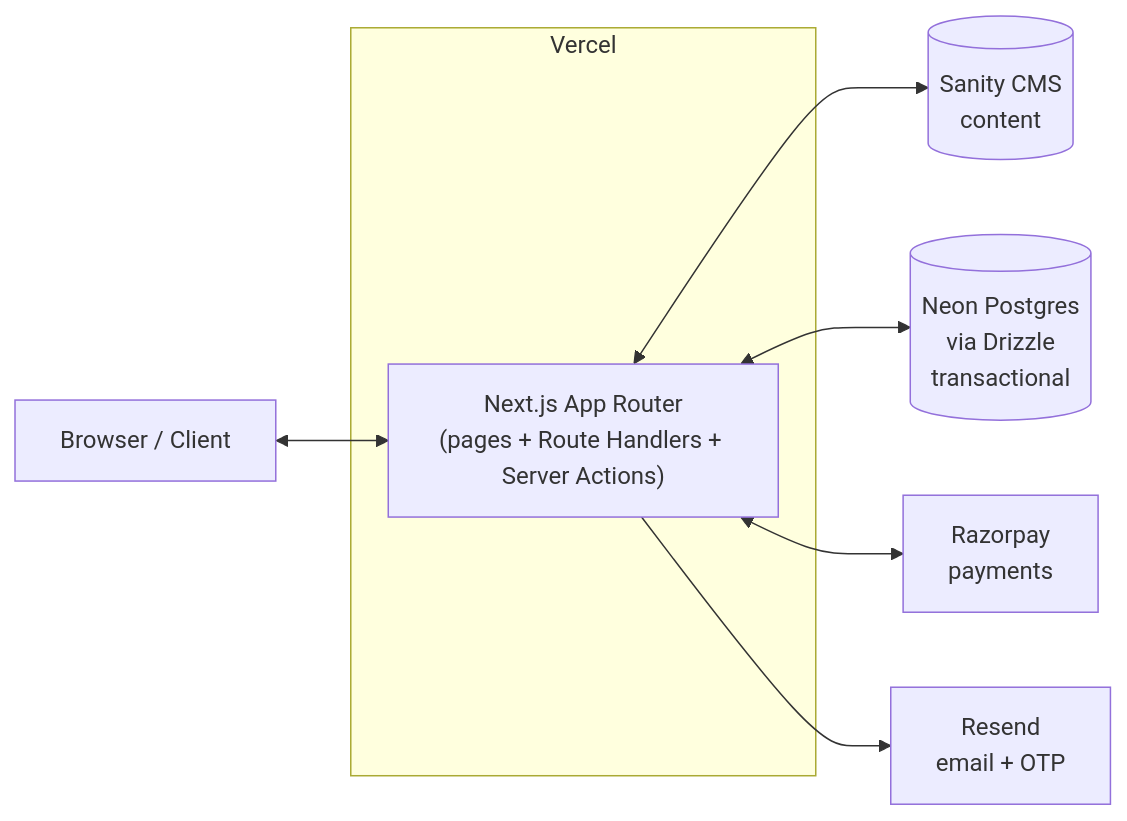
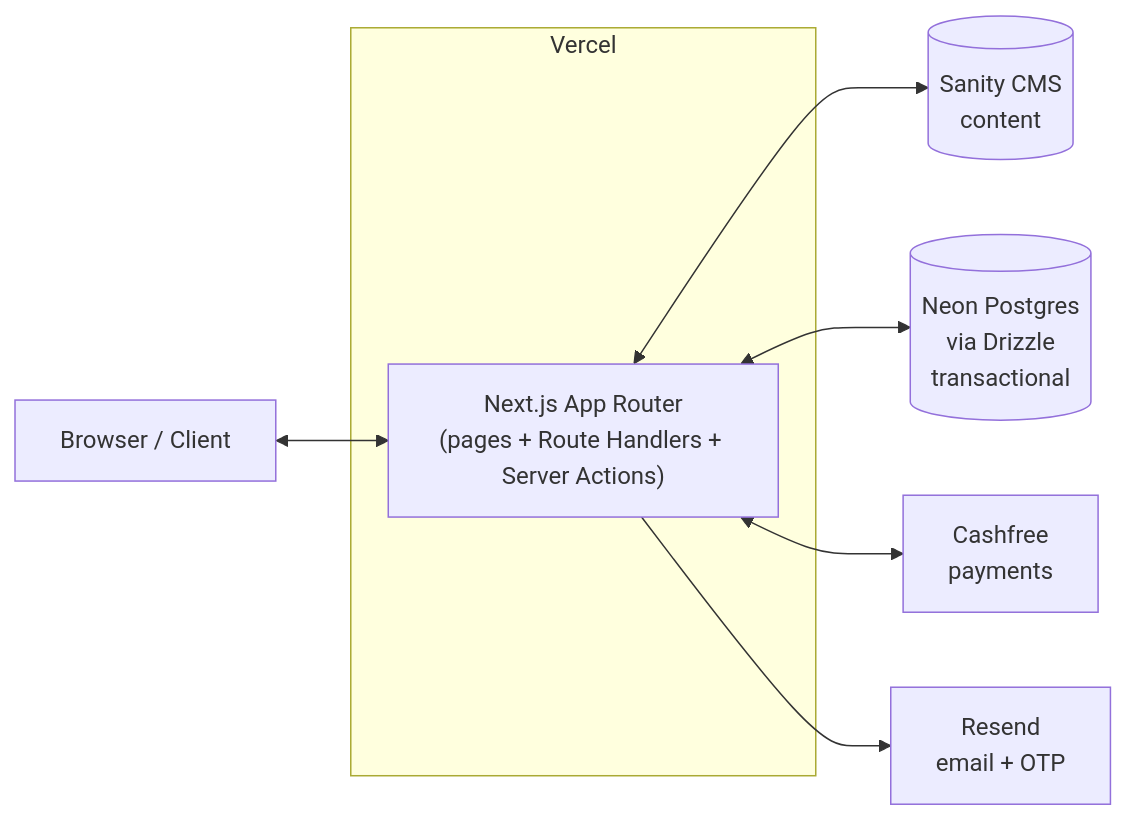
Before and after one commit to vignesh-gupta/tanvira: the first of 3 diagrams in ARCHITECTURE.md, drawn with Mermaid. The commit also changed other lines of this file and 29 other files, not shown here.

First line of the commit message:
feat: migrate payments from Razorpay to Cashfree with webhooks

````diff
--- a/ARCHITECTURE.md
+++ b/ARCHITECTURE.md
@@ -13,19 +13,19 @@
 ```mermaid
 flowchart LR
     Client["Browser / Client"]
 
     subgraph Vercel["Vercel"]
         NextApp["Next.js App Router\n(pages + Route Handlers + Server Actions)"]
     end
 
     Sanity[("Sanity CMS\ncontent")]
     Neon[("Neon Postgres\nvia Drizzle\ntransactional")]
-    Razorpay["Razorpay\npayments"]
+    Cashfree["Cashfree\npayments"]
     Resend["Resend\nemail + OTP"]
 
     Client <--> NextApp
     NextApp <--> Sanity
     NextApp <--> Neon
-    NextApp <--> Razorpay
+    NextApp <--> Cashfree
     NextApp --> Resend
 ```
````
